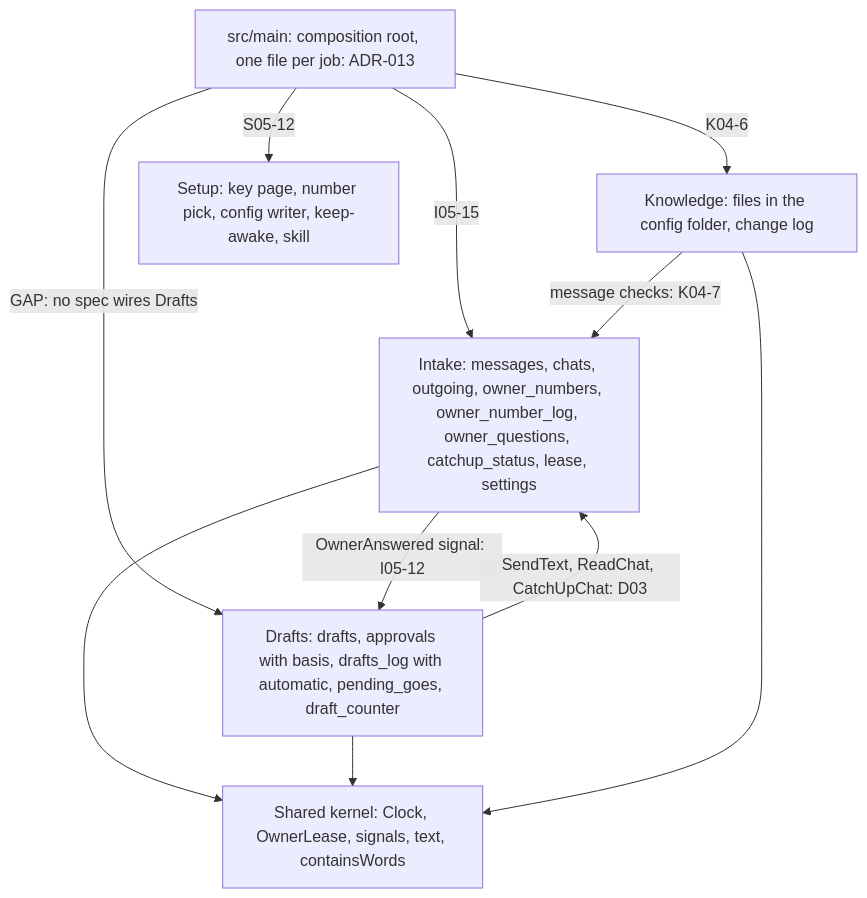
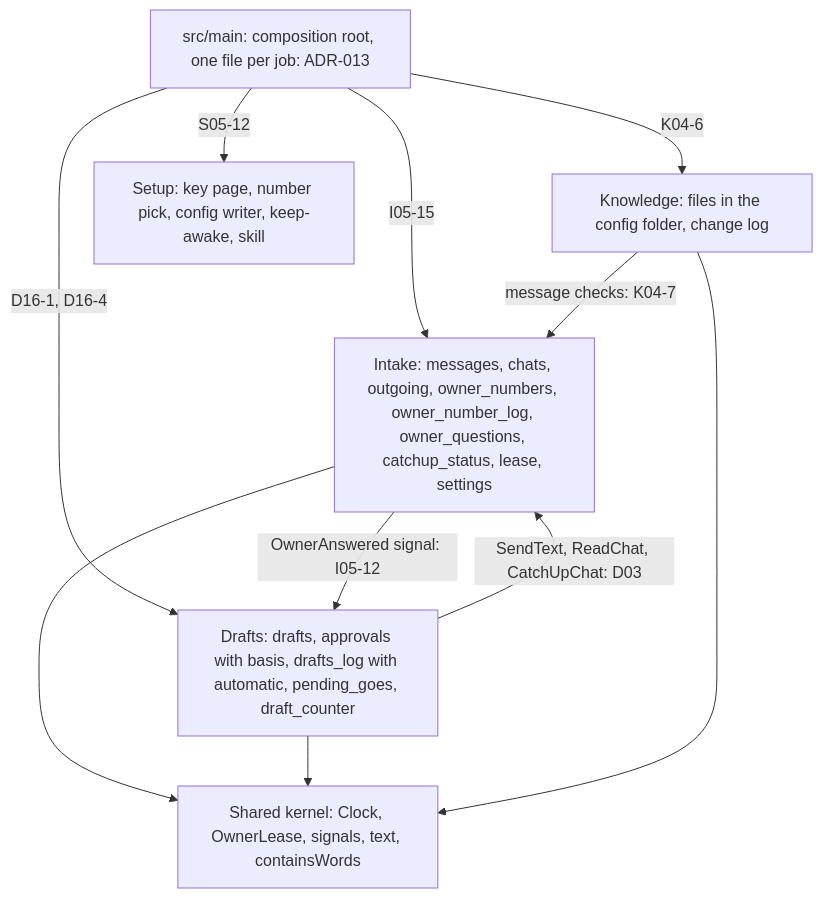
One commit to antonygiomarxdev/deputy changed the second of 15 diagrams in docs/tp-detail/TP-pilot-end-to-end.md. Above: the diagram before and after it, drawn with Mermaid. The commit also changed other lines of this file and 2 other files, not shown here.

Commit message:
docs: SPEC-18 adds the token check to the autoSendDeps bundle; Drafts wiring is no longer a gap

````diff
--- a/docs/tp-detail/TP-pilot-end-to-end.md
+++ b/docs/tp-detail/TP-pilot-end-to-end.md
@@ -61,19 +61,19 @@
 ```mermaid
 flowchart TD
   Root["src/main: composition root, one file per job: ADR-013"]
   Intake["Intake: messages, chats, outgoing, owner_numbers, owner_number_log, owner_questions, catchup_status, lease, settings"]
   Drafts["Drafts: drafts, approvals with basis, drafts_log with automatic, pending_goes, draft_counter"]
   Know["Knowledge: files in the config folder, change log"]
   Setup["Setup: key page, number pick, config writer, keep-awake, skill"]
   Shared["Shared kernel: Clock, OwnerLease, signals, text, containsWords"]
   Root -->|"I05-15"| Intake
-  Root -->|"GAP: no spec wires Drafts"| Drafts
+  Root -->|"D16-1, D16-4"| Drafts
   Root -->|"K04-6"| Know
   Root -->|"S05-12"| Setup
   Drafts -->|"SendText, ReadChat, CatchUpChat: D03"| Intake
   Intake -->|"OwnerAnswered signal: I05-12"| Drafts
   Know -->|"message checks: K04-7"| Intake
   Intake --> Shared
   Drafts --> Shared
   Know --> Shared
 ```
````
